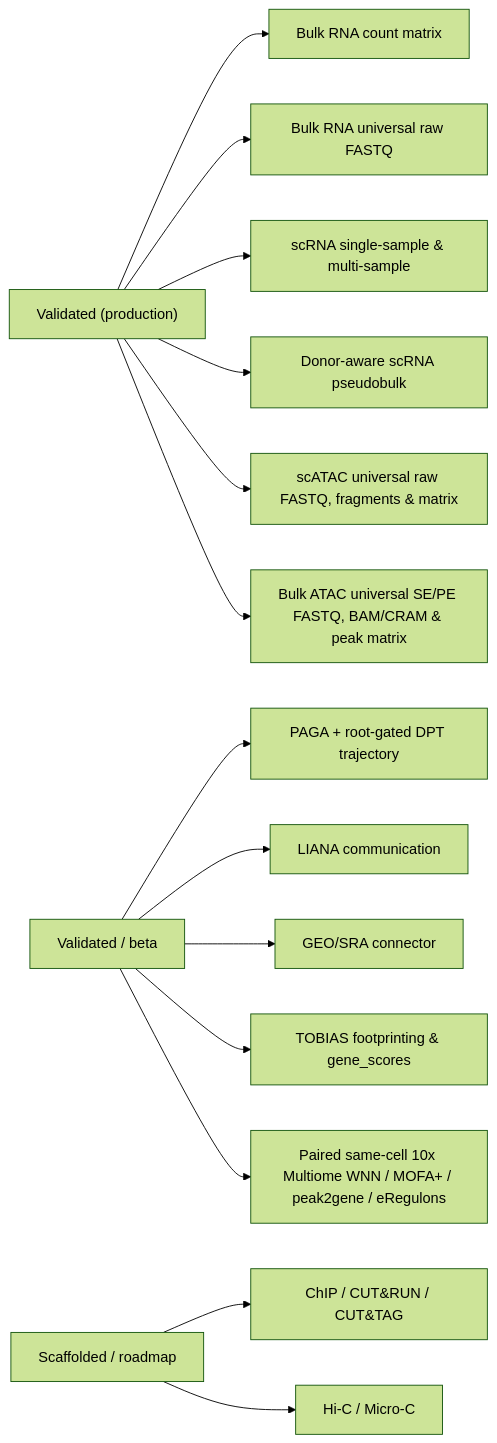
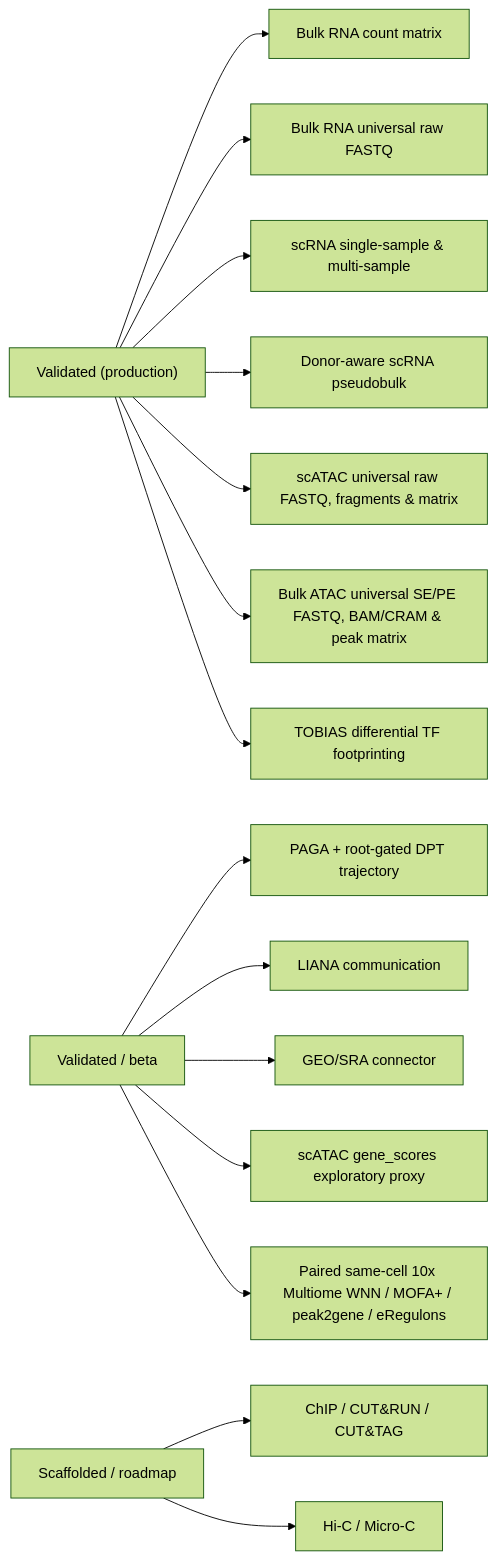
The diagram in docs/diagrams/validation_boundary.mmd (Olascoaga/aria-omics), drawn with Mermaid (forest theme) before and after one commit. The commit also changed 35 other files, not shown here.

Commit message:
feat(chromatin): promote TOBIAS differential TF footprinting to production (ADR-078)

```diff
--- a/docs/diagrams/validation_boundary.mmd
+++ b/docs/diagrams/validation_boundary.mmd
@@ -1,14 +1,15 @@
 flowchart LR
     A["Validated (production)"] --> A1[Bulk RNA count matrix]
     A --> A5[Bulk RNA universal raw FASTQ]
     A --> A2[scRNA single-sample & multi-sample]
     A --> A4[Donor-aware scRNA pseudobulk]
     A --> A6[scATAC universal raw FASTQ, fragments & matrix]
     A --> A7[Bulk ATAC universal SE/PE FASTQ, BAM/CRAM & peak matrix]
+    A --> A8[TOBIAS differential TF footprinting]
     B[Validated / beta] --> B2[PAGA + root-gated DPT trajectory]
     B --> B3[LIANA communication]
     B --> B4[GEO/SRA connector]
-    B --> B5[TOBIAS footprinting & gene_scores]
+    B --> B5[scATAC gene_scores exploratory proxy]
     B --> B7[Paired same-cell 10x Multiome WNN / MOFA+ / peak2gene / eRegulons]
     C[Scaffolded / roadmap] --> C1[ChIP / CUT&RUN / CUT&TAG]
     C --> C2[Hi-C / Micro-C]
```
